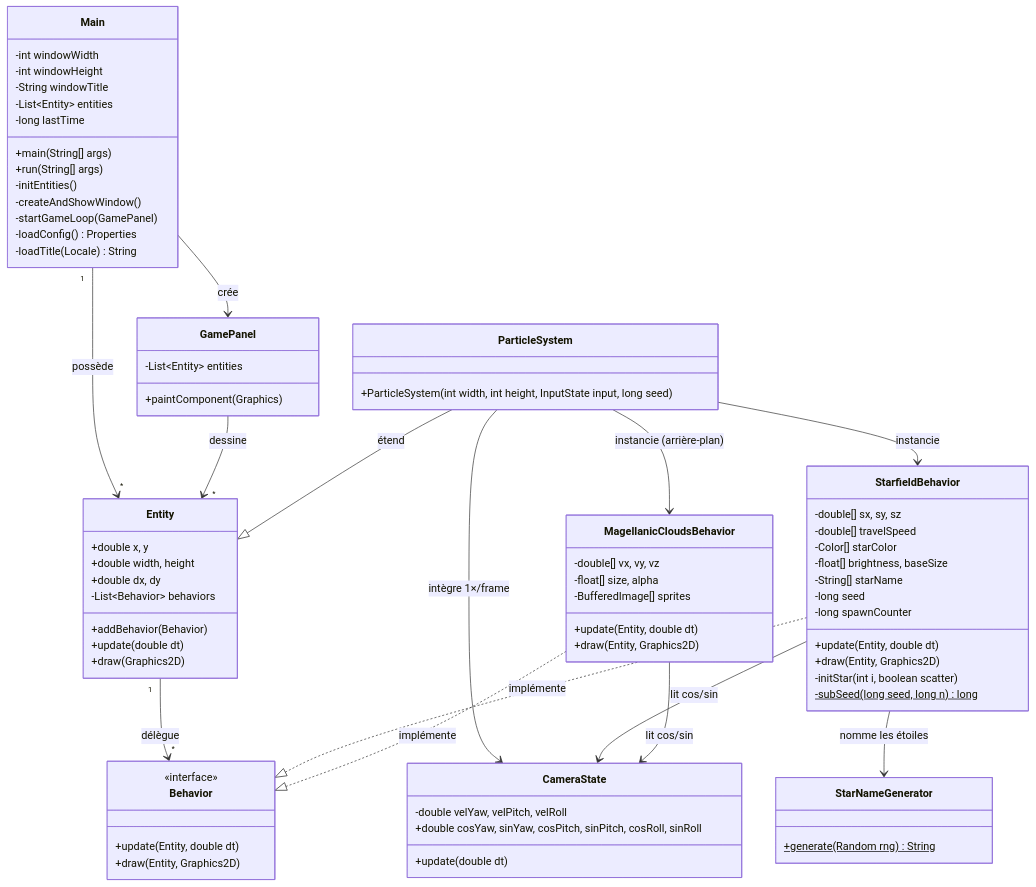
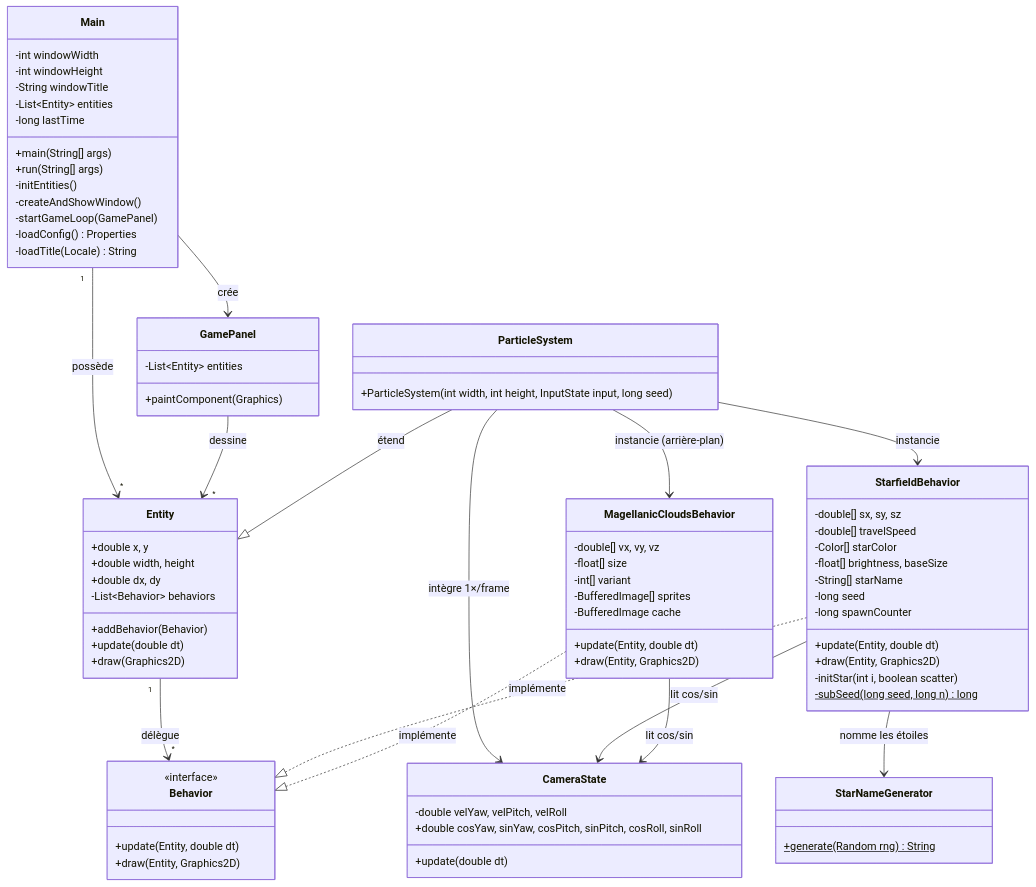
The first of 3 diagrams in src/docs/01-architecture.md (mcgivrer/demo001-arm64), drawn with Mermaid before and after one commit. The commit also changed 6 other files, not shown here.

```diff
--- a/src/docs/01-architecture.md
+++ b/src/docs/01-architecture.md
@@ -85,8 +85,10 @@
 
     class MagellanicCloudsBehavior {
         -double[] vx, vy, vz
-        -float[] size, alpha
+        -float[] size
+        -int[] variant
         -BufferedImage[] sprites
+        -BufferedImage cache
         +update(Entity, double dt)
         +draw(Entity, Graphics2D)
     }
```
